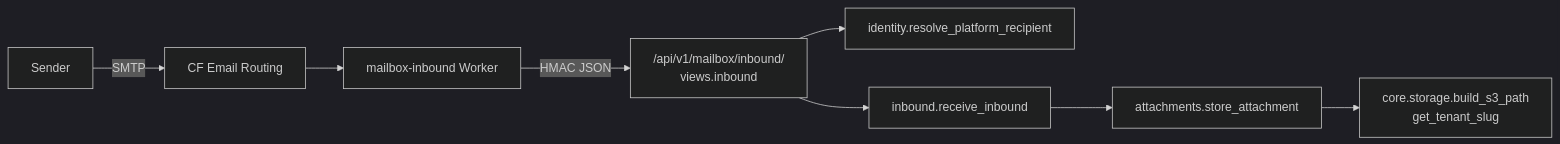
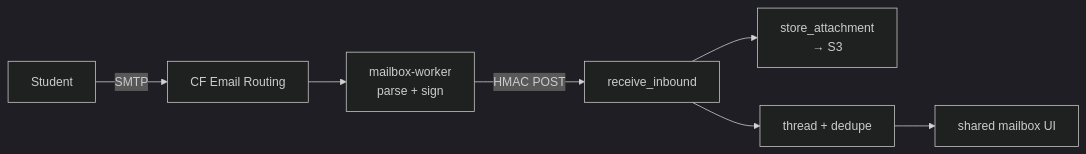
Before and after one commit to tahayusufkomur/contentor: the diagram in docs/wiki/mailbox-notifications.md, drawn with Mermaid (dark theme). The commit also changed other lines of this file and 7 other files, not shown here.

````diff
--- a/docs/wiki/mailbox-notifications.md
+++ b/docs/wiki/mailbox-notifications.md
@@ -27,10 +19,9 @@
 ```mermaid
 graph LR
-    S[Sender] -->|SMTP| CF[CF Email Routing]
-    CF --> W[mailbox-inbound Worker]
-    W -->|HMAC JSON| V["/api/v1/mailbox/inbound/<br/>views.inbound"]
-    V --> R[identity.resolve_platform_recipient]
-    V --> I[inbound.receive_inbound]
-    I --> A[attachments.store_attachment]
-    A --> P[core.storage.build_s3_path<br/>get_tenant_slug]
+    S[Student] -->|SMTP| CF[CF Email Routing]
+    CF --> W[mailbox-worker<br/>parse + sign]
+    W -->|HMAC POST| I[receive_inbound]
+    I --> A[store_attachment<br/>→ S3]
+    I --> T[thread + dedupe]
+    T --> UI[shared mailbox UI]
 ```
````
